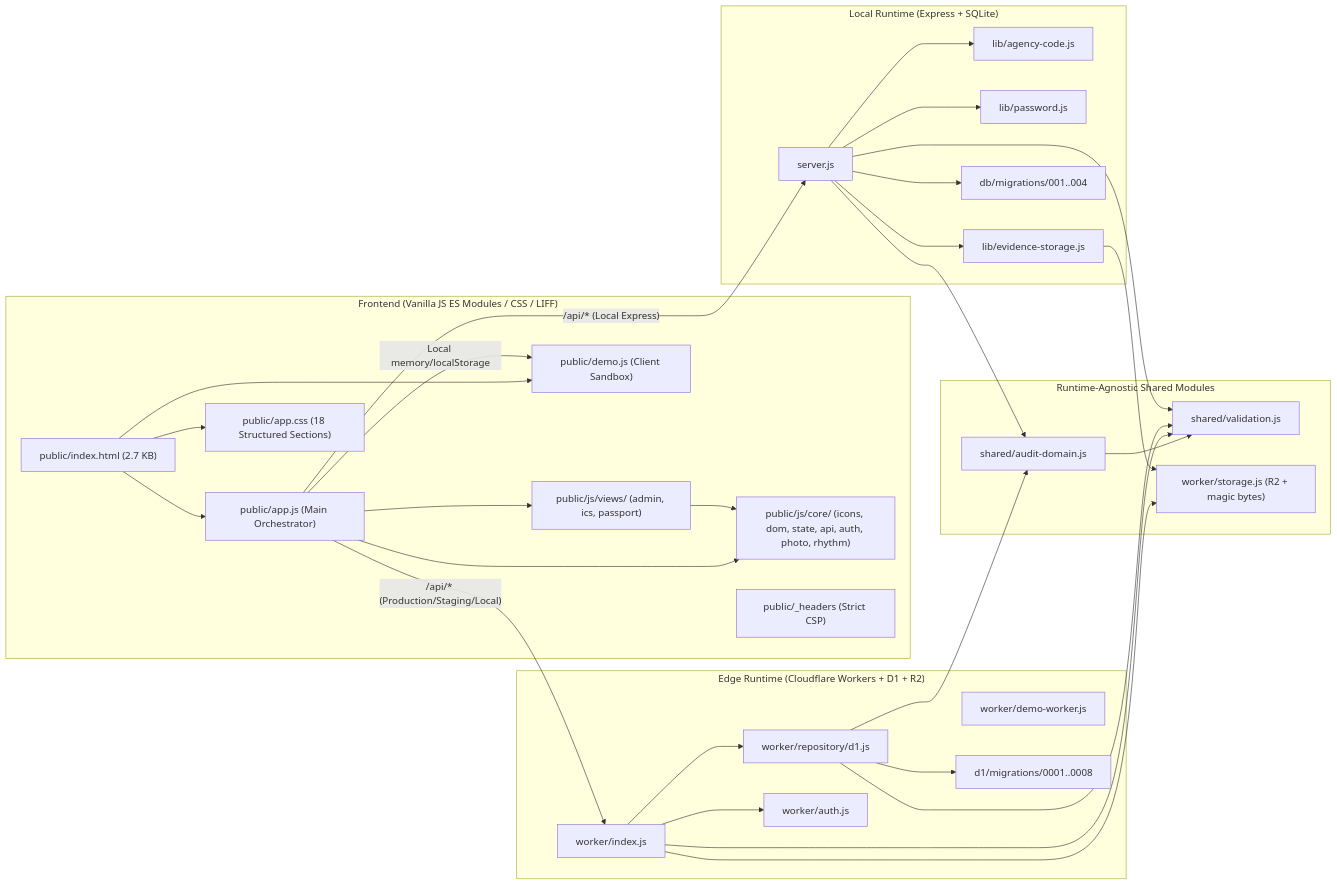
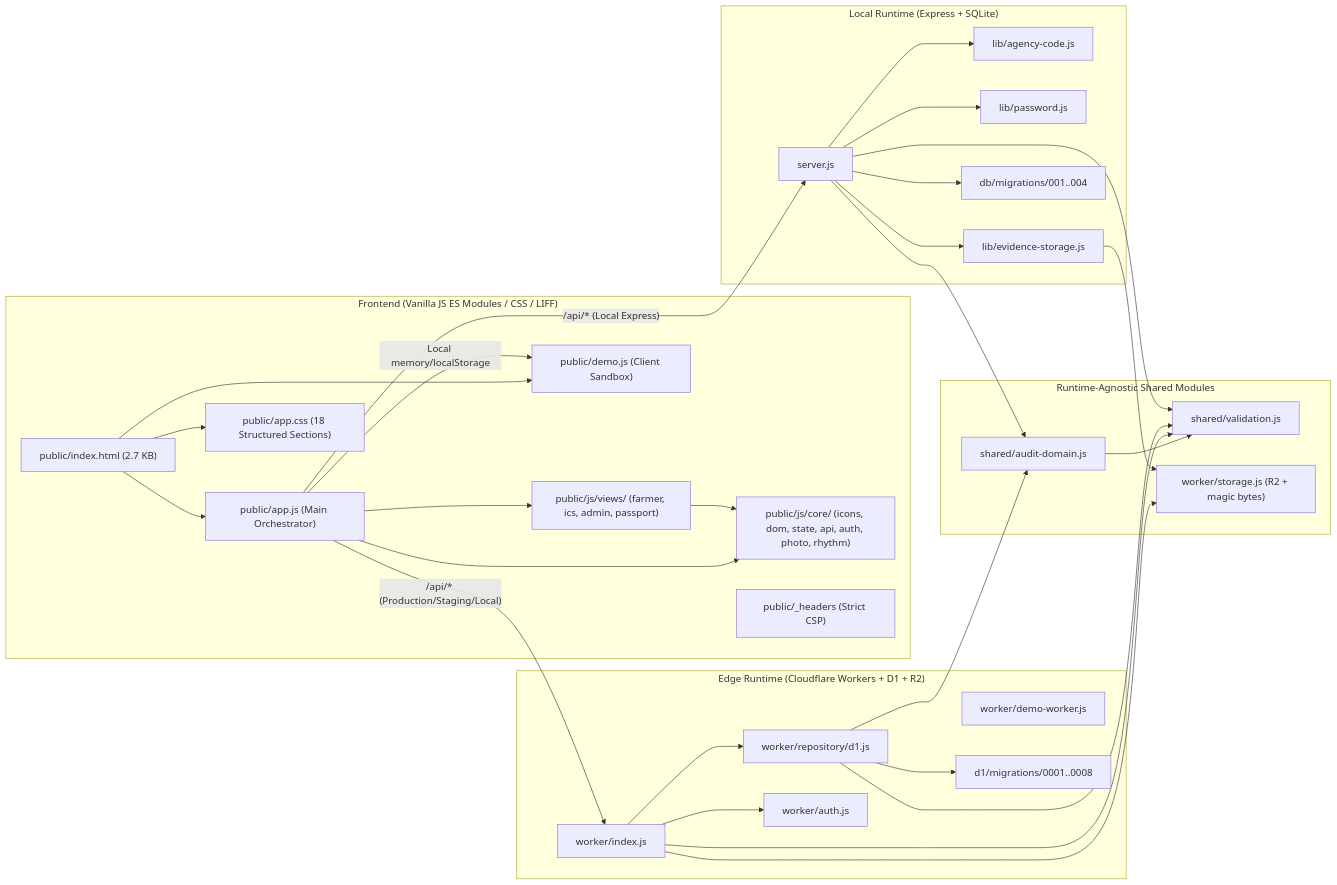
One commit to kkaewkamma/PakMaii changed the diagram in docs/ARCHITECTURE.md. Above: the diagram before and after it, drawn with Mermaid. The commit also changed 5 other files, not shown here.

First line of the commit message:
feat(frontend): extract farmer views module and complete cross-role inspection review flow

````diff
--- a/docs/ARCHITECTURE.md
+++ b/docs/ARCHITECTURE.md
@@ -9,59 +9,59 @@
 ```mermaid
 flowchart LR
   subgraph Client["Frontend (Vanilla JS ES Modules / CSS / LIFF)"]
     HTML["public/index.html (2.7 KB)"]
     APP["public/app.js (Main Orchestrator)"]
     CORE["public/js/core/ (icons, dom, state, api, auth, photo, rhythm)"]
-    VIEWS["public/js/views/ (admin, ics, passport)"]
+    VIEWS["public/js/views/ (farmer, ics, admin, passport)"]
     CSS["public/app.css (18 Structured Sections)"]
     DEMO["public/demo.js (Client Sandbox)"]
     HDR["public/_headers (Strict CSP)"]
     HTML --> APP
     HTML --> CSS
     HTML --> DEMO
     APP --> CORE
     APP --> VIEWS
     VIEWS --> CORE
   end
 
   subgraph Shared["Runtime-Agnostic Shared Modules"]
     SVAL["shared/validation.js"]
     SAUD["shared/audit-domain.js"]
     WSTO["worker/storage.js (R2 + magic bytes)"]
     SAUD --> SVAL
   end
 
   subgraph WorkerRuntime["Edge Runtime (Cloudflare Workers + D1 + R2)"]
     WIDX["worker/index.js"]
     WD1["worker/repository/d1.js"]
     WAUTH["worker/auth.js"]
     WDEMO["worker/demo-worker.js"]
     D1SQL["d1/migrations/0001..0008"]
     WIDX --> WD1
     WIDX --> WAUTH
     WIDX --> WSTO
     WIDX --> SVAL
     WD1 --> SVAL
     WD1 --> SAUD
     WD1 --> D1SQL
   end
 
   subgraph NodeRuntime["Local Runtime (Express + SQLite)"]
     SRV["server.js"]
     LAGC["lib/agency-code.js"]
     LPWD["lib/password.js"]
     LEVD["lib/evidence-storage.js"]
     SQLMIG["db/migrations/001..004"]
     SRV --> LAGC
     SRV --> LPWD
     SRV --> LEVD
     SRV --> SVAL
     SRV --> SAUD
     SRV --> SQLMIG
     LEVD --> WSTO
   end
 
   APP -->|"/api/* (Production/Staging/Local)"| WIDX
   APP -->|"/api/* (Local Express)"| SRV
   APP -->|"Local memory/localStorage"| DEMO
 ```
````
